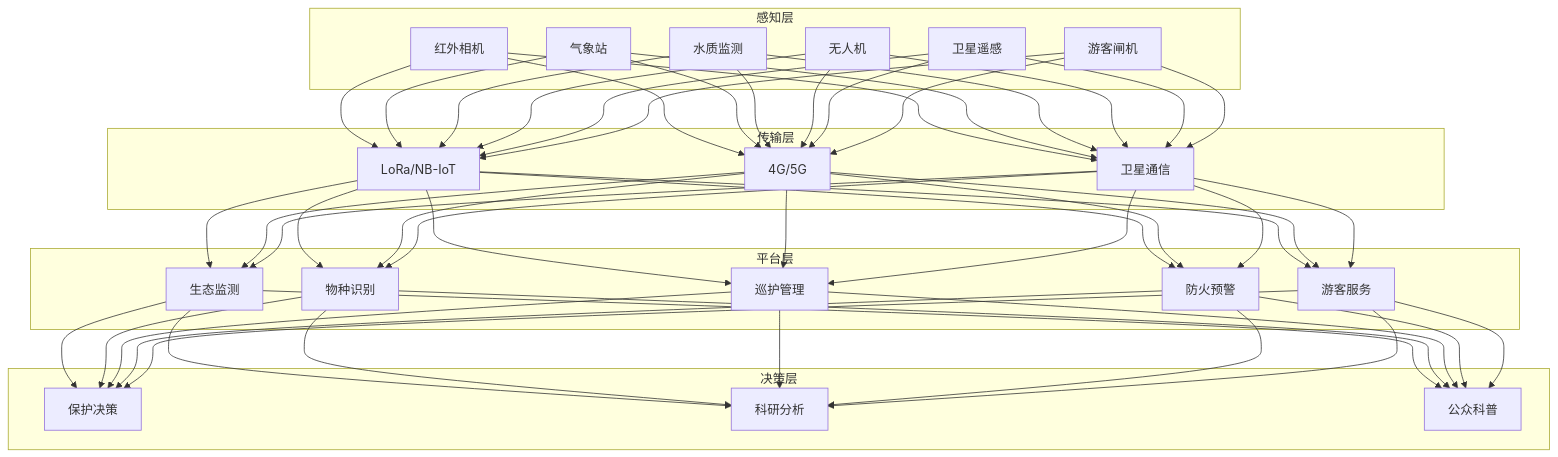
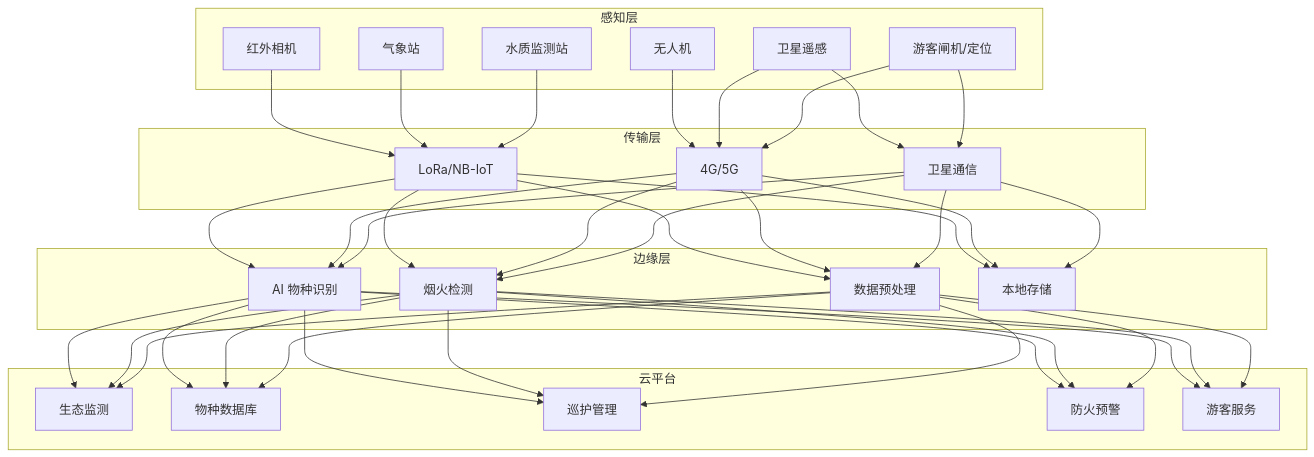
One commit to kudig-io/kudig-database changed the diagram in topic-application-architecture/84-national-park.md. Above: the diagram before and after it, drawn with Mermaid. The commit also changed other lines of this file and 8633 other files, not shown here.

````diff
--- a/topic-application-architecture/84-national-park.md
+++ b/topic-application-architecture/84-national-park.md
@@ -49,35 +116,38 @@
 ```mermaid
 graph TB
     subgraph 感知层
         S1[红外相机]
         S2[气象站]
-        S3[水质监测]
+        S3[水质监测站]
         S4[无人机]
         S5[卫星遥感]
-        S6[游客闸机]
+        S6[游客闸机/定位]
     end
 
     subgraph 传输层
         T1[LoRa/NB-IoT]
         T2[4G/5G]
         T3[卫星通信]
     end
 
-    subgraph 平台层
+    subgraph 边缘层
+        E1[AI 物种识别]
+        E2[烟火检测]
+        E3[数据预处理]
+        E4[本地存储]
+    end
+
+    subgraph 云平台
         P1[生态监测]
-        P2[物种识别]
+        P2[物种数据库]
         P3[巡护管理]
         P4[防火预警]
         P5[游客服务]
     end
 
-    subgraph 决策层
-        D1[保护决策]
-        D2[科研分析]
-        D3[公众科普]
-    end
-
-    S1 & S2 & S3 & S4 & S5 & S6 --> T1 & T2 & T3
-    T1 & T2 & T3 --> P1 & P2 & P3 & P4 & P5
-    P1 & P2 & P3 & P4 & P5 --> D1 & D2 & D3
+    S1 & S2 & S3 --> T1
+    S4 --> T2
+    S5 & S6 --> T2 & T3
+    T1 & T2 & T3 --> E1 & E2 & E3 & E4
+    E1 & E2 & E3 --> P1 & P2 & P3 & P4 & P5
 ```
````
